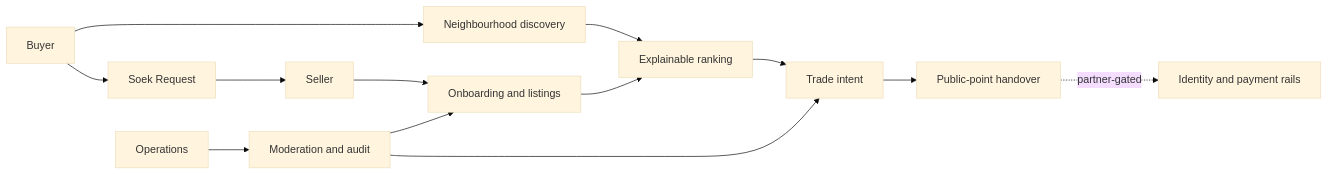
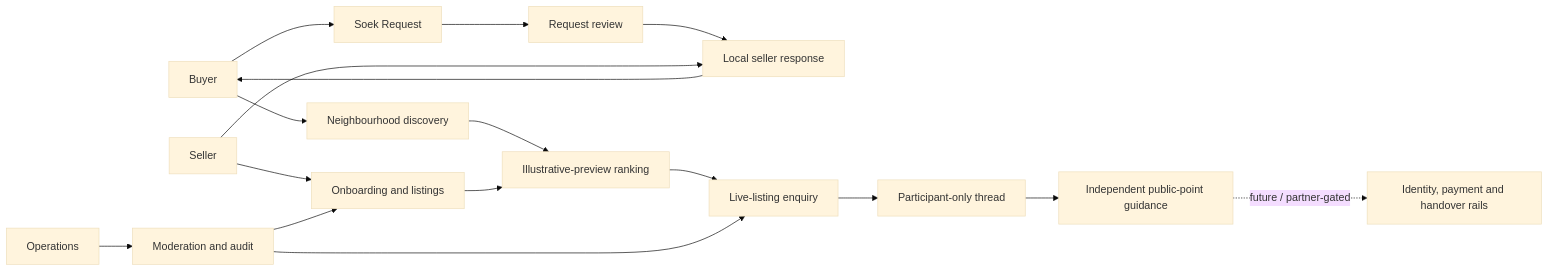
Before and after one commit to freeman-ipumbu/soek-iets-use-case: the diagram in README.md, drawn with Mermaid (base theme). The commit also changed other lines of this file and 8 other files, not shown here.

````diff
--- a/README.md
+++ b/README.md
@@ -57,15 +61,19 @@
 ```mermaid
 flowchart LR
     B[Buyer] --> D[Neighbourhood discovery]
     S[Seller] --> O[Onboarding and listings]
-    D --> R[Explainable ranking]
+    D --> R[Illustrative-preview ranking]
     O --> R
     B --> Q[Soek Request]
-    Q --> S
-    R --> T[Trade intent]
-    T --> H[Public-point handover]
-    H -. partner-gated .-> P[Identity and payment rails]
+    Q --> V[Request review]
+    V --> X[Local seller response]
+    S --> X
+    X --> B
+    R --> T[Live-listing enquiry]
+    T --> I[Participant-only thread]
+    I --> H[Independent public-point guidance]
+    H -. future / partner-gated .-> P[Identity, payment and handover rails]
     A[Operations] --> M[Moderation and audit]
     M --> O
     M --> T
 ```
````
